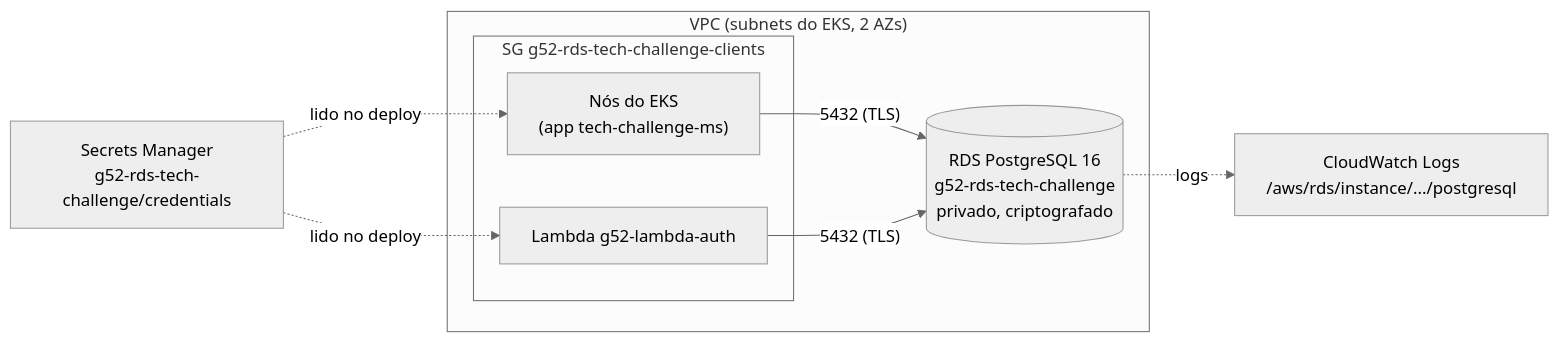
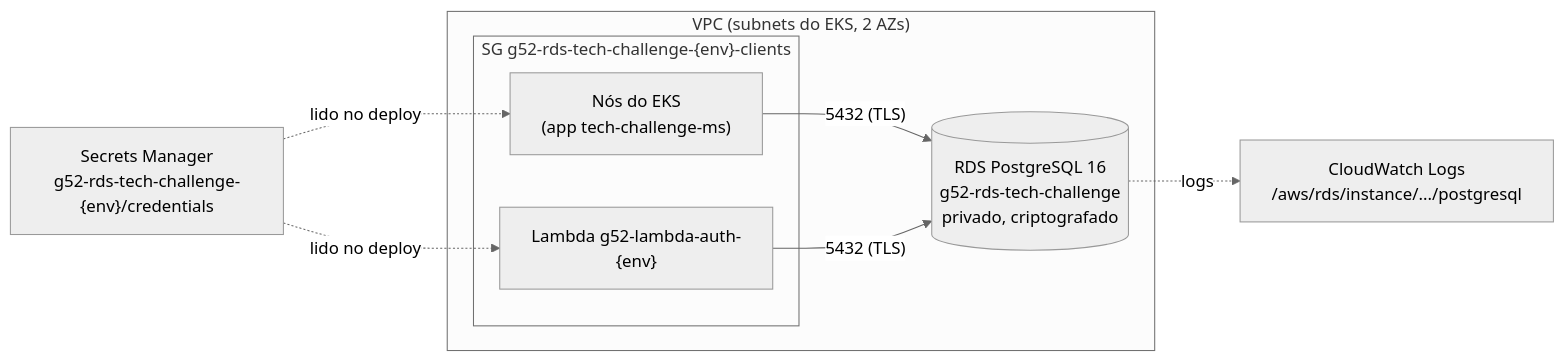
One commit to Teplotax/g52-infra-rds-tech-challenge changed the diagram in README.md. Above: the diagram before and after it, drawn with Mermaid (neutral theme). The commit also changed other lines of this file, not shown here.

````diff
--- a/README.md
+++ b/README.md
@@ -9,18 +9,18 @@
 ```mermaid
 flowchart LR
     subgraph vpc["VPC (subnets do EKS, 2 AZs)"]
-        subgraph clients["SG g52-rds-tech-challenge-clients"]
+        subgraph clients["SG g52-rds-tech-challenge-{env}-clients"]
             nodes["Nós do EKS<br/>(app tech-challenge-ms)"]
-            lambda["Lambda g52-lambda-auth"]
+            lambda["Lambda g52-lambda-auth-{env}"]
         end
         rds[("RDS PostgreSQL 16<br/>g52-rds-tech-challenge<br/>privado, criptografado")]
     end
 
-    sm["Secrets Manager<br/>g52-rds-tech-challenge/credentials"]
+    sm["Secrets Manager<br/>g52-rds-tech-challenge-{env}/credentials"]
     cw["CloudWatch Logs<br/>/aws/rds/instance/.../postgresql"]
 
     nodes -- "5432 (TLS)" --> rds
     lambda -- "5432 (TLS)" --> rds
     rds -. logs .-> cw
     sm -. "lido no deploy" .-> nodes & lambda
 ```
````
